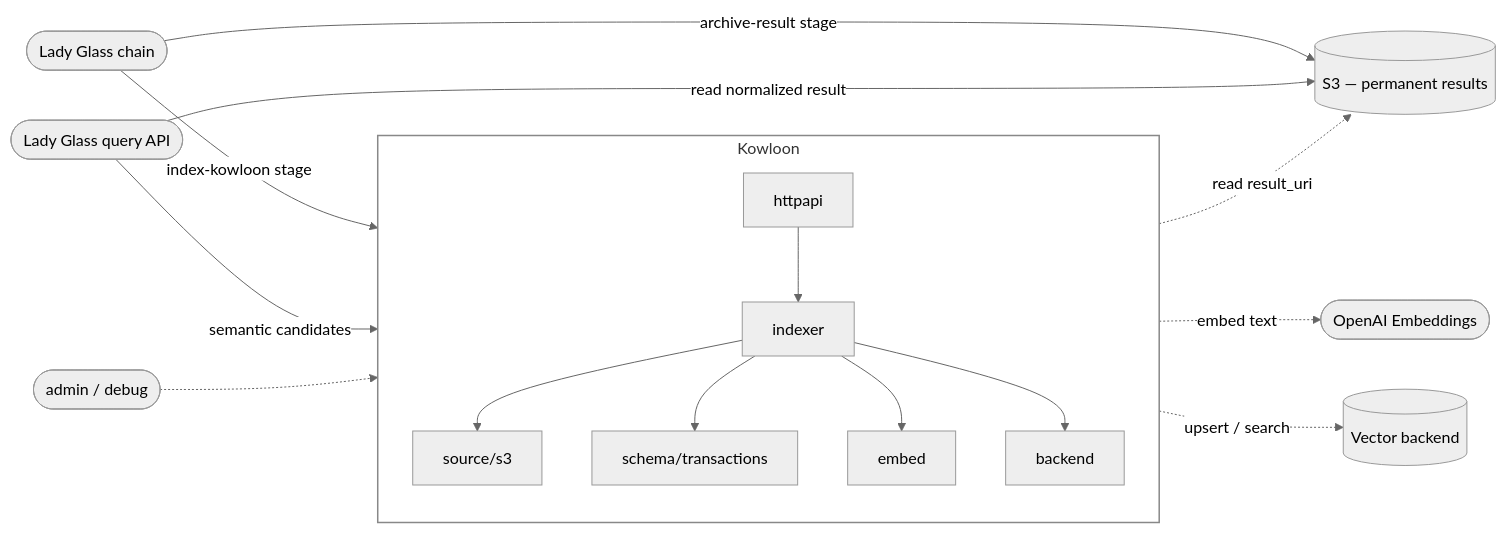
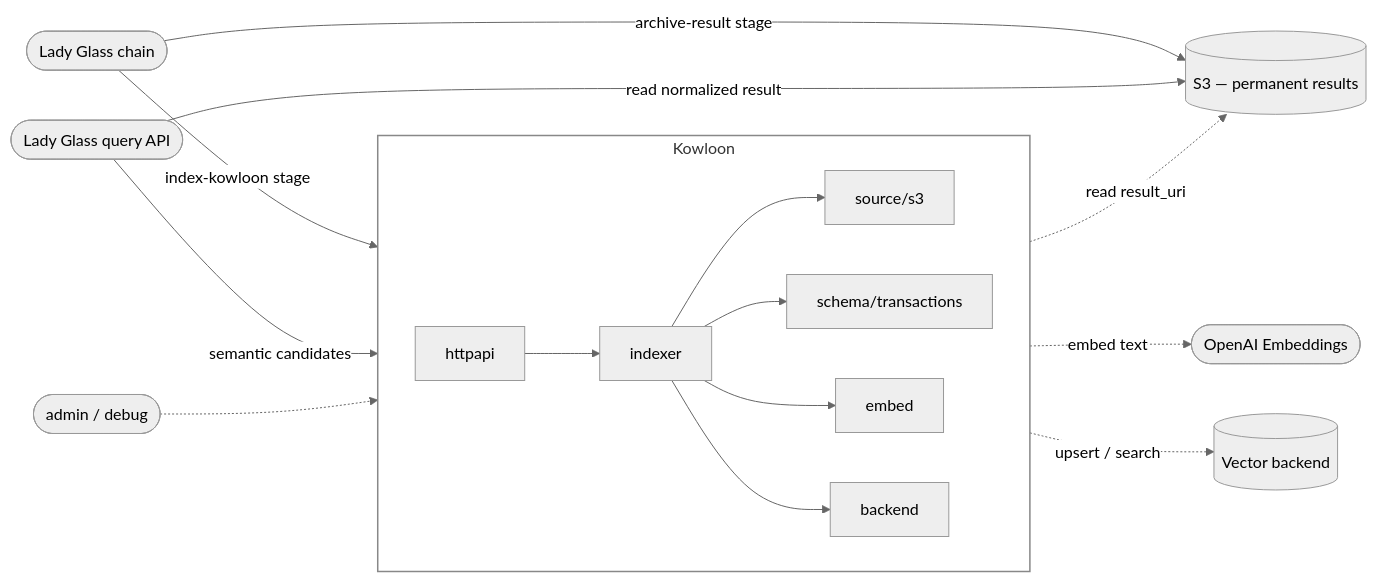
One commit to keix/kowloon changed the diagram in README.md. Above: the diagram before and after it, drawn with Mermaid (neutral theme).

Commit message:
docs: align Kowloon subgraph direction with the outer flowchart
The K subgraph forced direction TB inside an outer flowchart LR — the
Kowloon box was the only vertical column in an otherwise horizontal
diagram, and the seam edges ended up crossing the outer connections at
awkward angles. Matching direction LR flattens the whole picture.

````diff
--- a/README.md
+++ b/README.md
@@ -20,39 +20,39 @@
 ```mermaid
 flowchart LR
     LG([Lady Glass chain])
     LGQ([Lady Glass query API])
     Admin([admin / debug])
 
     subgraph K["Kowloon"]
-        direction TB
+        direction LR
 
         API[httpapi]
         IDX[indexer]
         SRC[source/s3]
         SCH[schema/transactions]
         EMB[embed]
         BE[backend]
 
         API --> IDX
         IDX --> SRC
         IDX --> SCH
         IDX --> EMB
         IDX --> BE
     end
 
     S3[(S3 — permanent results)]
     OAI([OpenAI Embeddings])
     VEC[(Vector backend)]
 
     LG -->|archive-result stage| S3
     LG -->|index-kowloon stage| API
     LGQ -->|semantic candidates| API
     LGQ -->|read normalized result| S3
     Admin -.-> API
 
     SRC -. read result_uri .-> S3
     EMB -. embed text .-> OAI
     BE -. upsert / search .-> VEC
 
     style K fill:none,stroke:#888,stroke-width:1.5px
 ```
````
